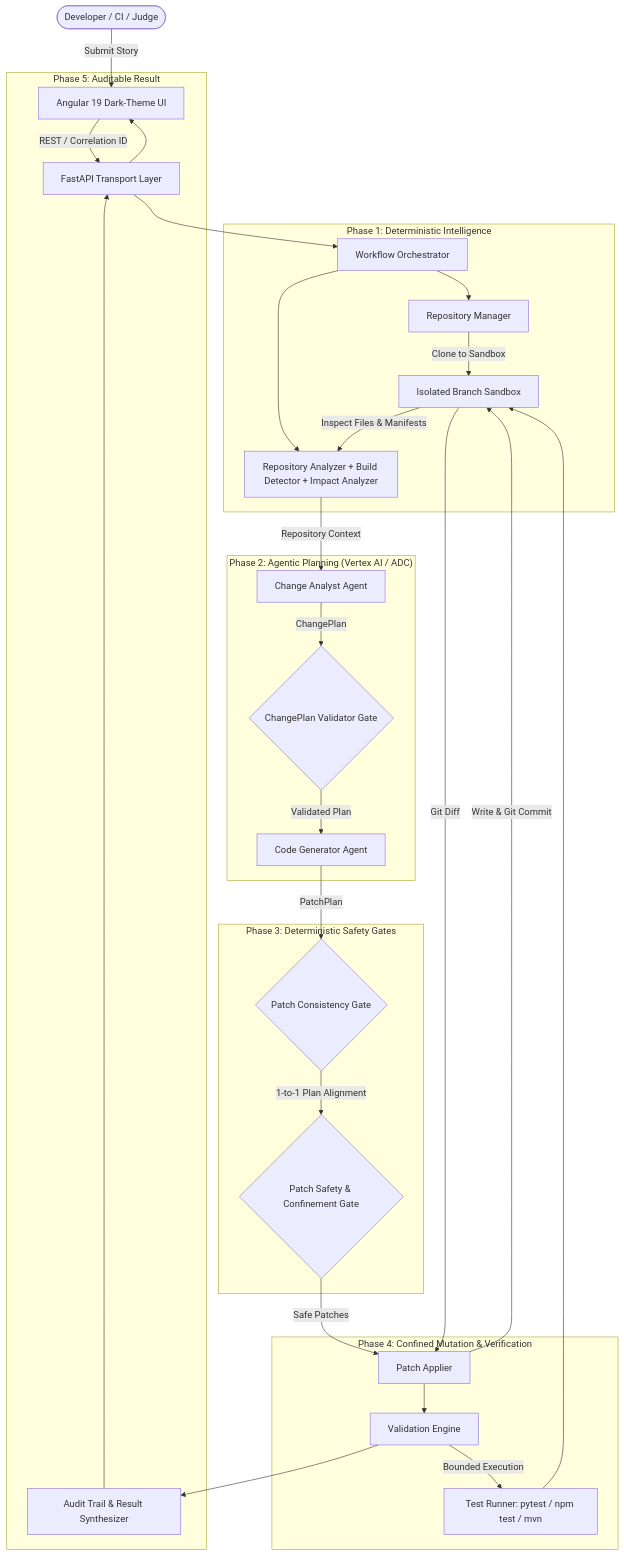
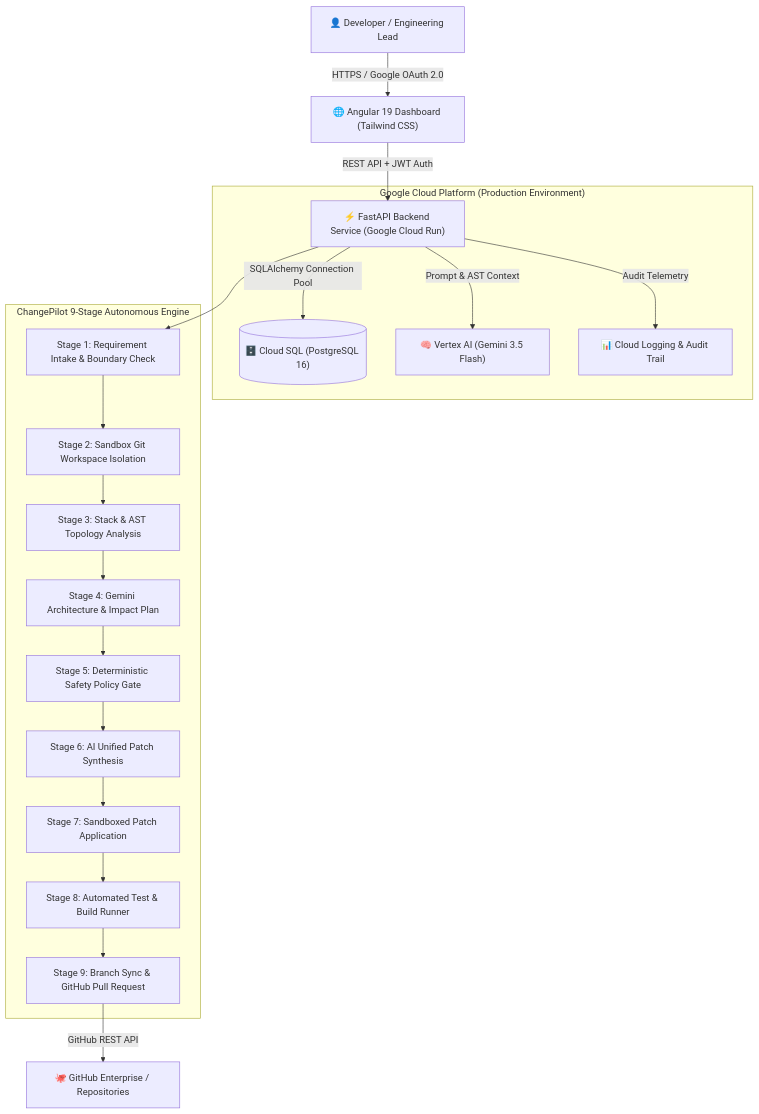
Before and after one commit to kameswarpanda/project-changepilot: the first of 2 diagrams in ARCHITECTURE.md, drawn with Mermaid. The commit also changed other lines of this file, not shown here.

Commit message:
docs: add comprehensive ARCHITECTURE.md with system HLD, sequence diagrams, and safety boundaries

````diff
--- a/ARCHITECTURE.md
+++ b/ARCHITECTURE.md
@@ -9,39 +14,25 @@
 ```mermaid
 graph TD
-    User([Developer / CI / Judge]) -->|Submit Story| UI[Angular 19 Dark-Theme UI]
-    UI -->|REST / Correlation ID| API[FastAPI Transport Layer]
-    API --> Orchestrator[Workflow Orchestrator]
-
-    subgraph "Phase 1: Deterministic Intelligence"
-        Orchestrator --> RepoMgr[Repository Manager]
-        RepoMgr -->|Clone to Sandbox| Sandbox[Isolated Branch Sandbox]
-        Orchestrator --> Analyzer[Repository Analyzer + Build Detector + Impact Analyzer]
-        Sandbox -->|Inspect Files & Manifests| Analyzer
+    User["👤 Developer / Engineering Lead"] -->|HTTPS / Google OAuth 2.0| UI["🌐 Angular 19 Dashboard (Tailwind CSS)"]
+    UI -->|REST API + JWT Auth| Backend["⚡ FastAPI Backend Service (Google Cloud Run)"]
+    
+    subgraph "Google Cloud Platform (Production Environment)"
+        Backend -->|SQLAlchemy Connection Pool| DB[("🗄️ Cloud SQL (PostgreSQL 16)")]
+        Backend -->|Prompt & AST Context| VertexAI["🧠 Vertex AI (Gemini 3.5 Flash)"]
+        Backend -->|Audit Telemetry| Logs["📊 Cloud Logging & Audit Trail"]
     end
-
-    subgraph "Phase 2: Agentic Planning (Vertex AI / ADC)"
-        Analyzer -->|Repository Context| Analyst[Change Analyst Agent]
-        Analyst -->|ChangePlan| PlanGate{ChangePlan Validator Gate}
-        PlanGate -->|Validated Plan| CodeGen[Code Generator Agent]
+    
+    subgraph "ChangePilot 9-Stage Autonomous Engine"
+        Backend --> S1["Stage 1: Requirement Intake & Boundary Check"]
+        S1 --> S2["Stage 2: Sandbox Git Workspace Isolation"]
+        S2 --> S3["Stage 3: Stack & AST Topology Analysis"]
+        S3 --> S4["Stage 4: Gemini Architecture & Impact Plan"]
+        S4 --> S5["Stage 5: Deterministic Safety Policy Gate"]
+        S5 --> S6["Stage 6: AI Unified Patch Synthesis"]
+        S6 --> S7["Stage 7: Sandboxed Patch Application"]
+        S7 --> S8["Stage 8: Automated Test & Build Runner"]
+        S8 --> S9["Stage 9: Branch Sync & GitHub Pull Request"]
     end
-
-    subgraph "Phase 3: Deterministic Safety Gates"
-        CodeGen -->|PatchPlan| ConsistencyGate{Patch Consistency Gate}
-        ConsistencyGate -->|1-to-1 Plan Alignment| PatchGate{Patch Safety & Confinement Gate}
-    end
-
-    subgraph "Phase 4: Confined Mutation & Verification"
-        PatchGate -->|Safe Patches| Applier[Patch Applier]
-        Applier -->|Write & Git Commit| Sandbox
-        Sandbox -->|Git Diff| Applier
-        Applier --> ValEngine[Validation Engine]
-        ValEngine -->|Bounded Execution| TestRunner[Test Runner: pytest / npm test / mvn]
-        TestRunner --> Sandbox
-    end
-
-    subgraph "Phase 5: Auditable Result"
-        ValEngine --> Audit[Audit Trail & Result Synthesizer]
-        Audit --> API
-        API --> UI
-    end
+    
+    S9 -->|GitHub REST API| GitHub["🐙 GitHub Enterprise / Repositories"]
 ```
````
